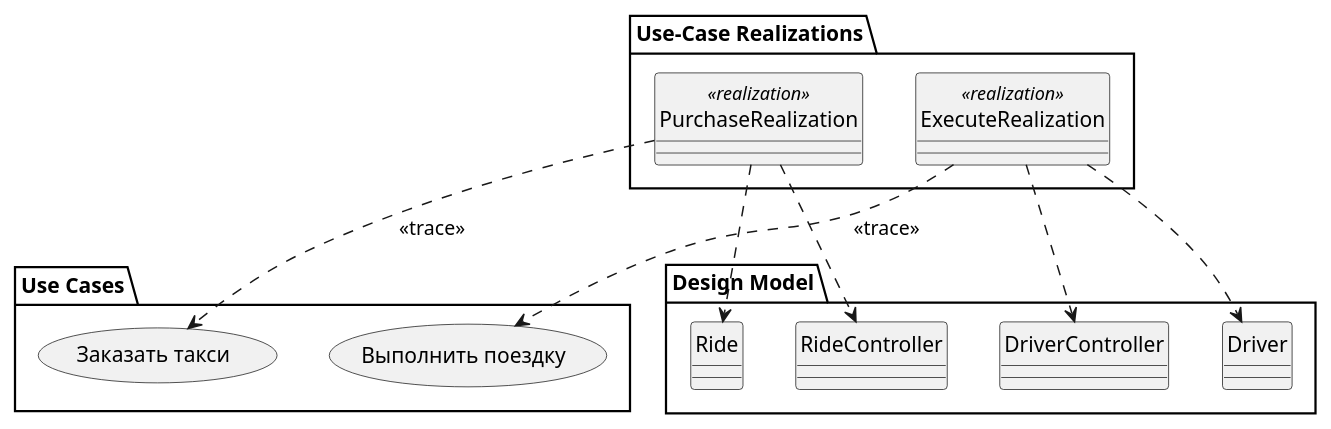
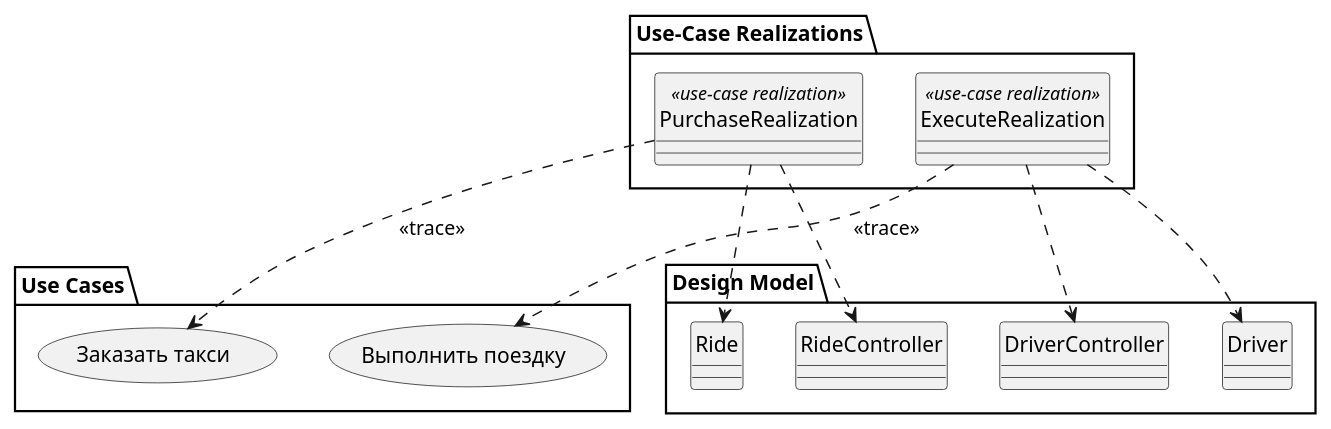
The diagram in SE/solution/lab2/diagrams/02_traceabilities_diagram.puml (mm-shkurin/studies_2026), drawn with PlantUML before and after one commit. The commit also changed 9 other files, not shown here.

```diff
--- a/SE/solution/lab2/diagrams/02_traceabilities_diagram.puml
+++ b/SE/solution/lab2/diagrams/02_traceabilities_diagram.puml
@@ -1,29 +1,29 @@
 @startuml 02_traceabilities_diagram
 allowmixing
 skinparam style strictuml
 
 package "Use Cases" {
   usecase "Заказать такси" as uc_purchase
   usecase "Выполнить поездку" as uc_execute
 }
 
 package "Use-Case Realizations" {
-  class "PurchaseRealization" as r_purchase <<realization>>
-  class "ExecuteRealization" as r_execute <<realization>>
+  class "PurchaseRealization" as r_purchase <<use-case realization>>
+  class "ExecuteRealization" as r_execute <<use-case realization>>
 }
 
 package "Design Model" {
   class RideController
   class Ride
   class DriverController
   class Driver
 }
 
 r_purchase ..> uc_purchase : <<trace>>
 r_execute ..> uc_execute : <<trace>>
 
 r_purchase ..> RideController
 r_purchase ..> Ride
 r_execute ..> DriverController
 r_execute ..> Driver
 @enduml
```
